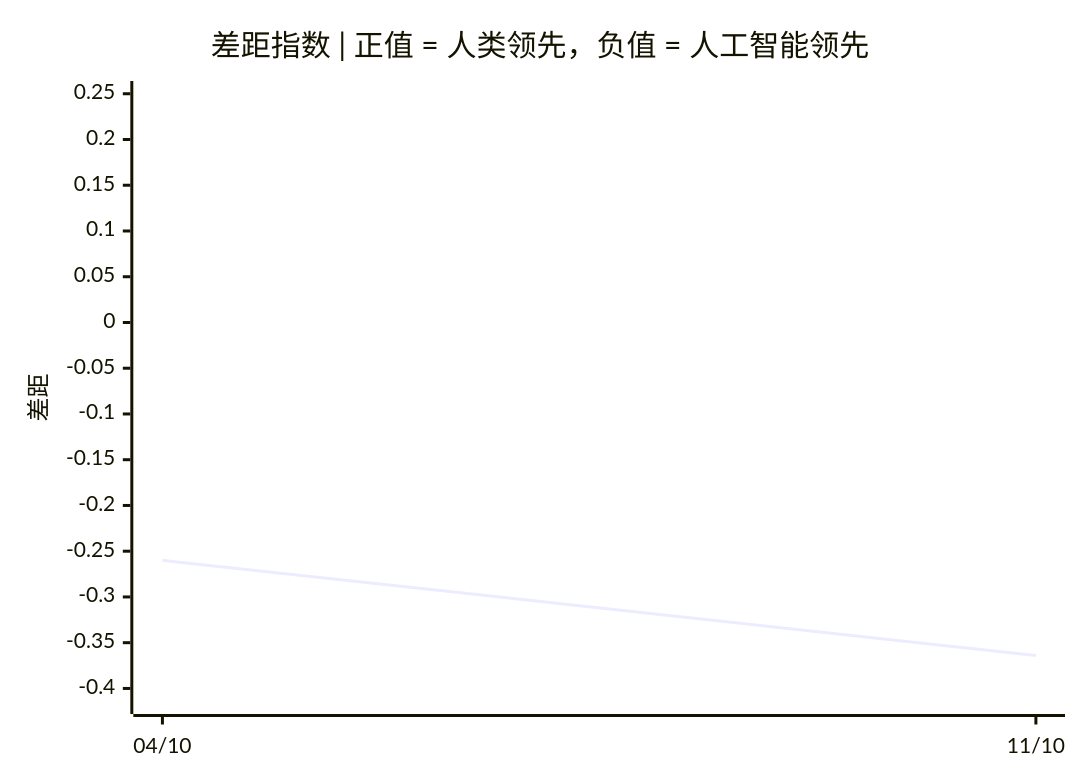
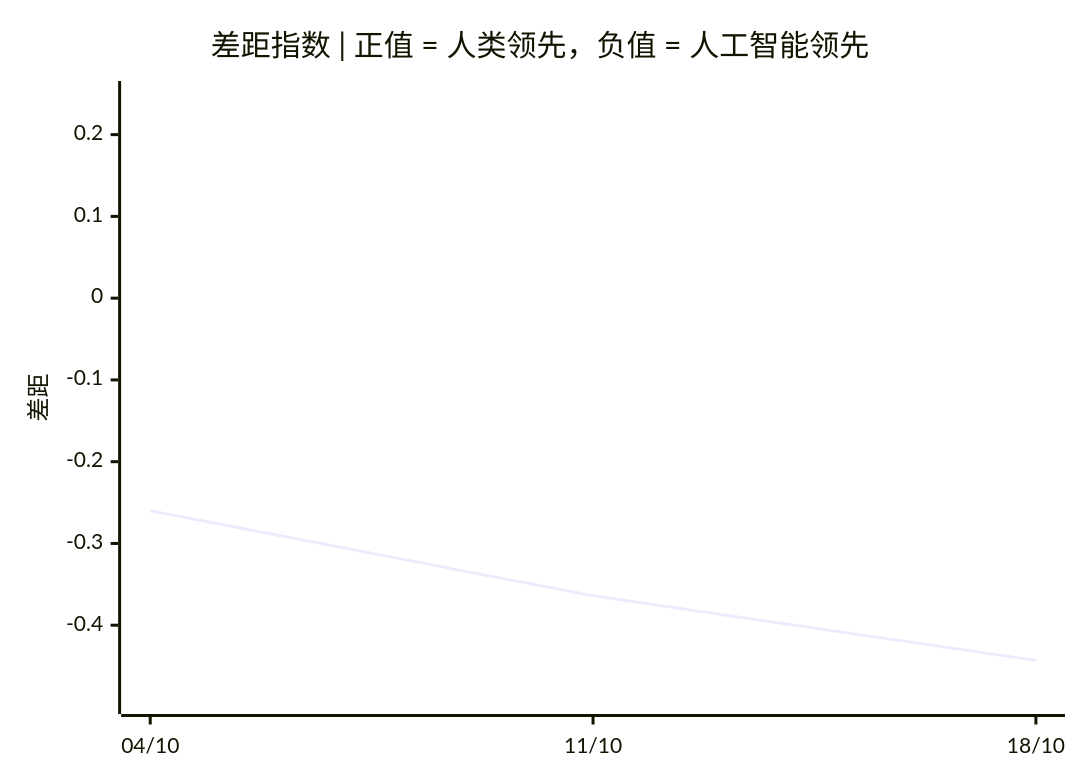
The second of 3 diagrams in README.zh.md (VQQLK/Human-AI-Monitor), drawn with Mermaid before and after one commit. The commit also changed other lines of this file and 10 other files, not shown here.

````diff
--- a/README.zh.md
+++ b/README.zh.md
@@ -46,7 +46,7 @@
 ```mermaid
 xychart-beta
     title "差距指数 | 正值 = 人类领先，负值 = 人工智能领先"
-    x-axis ["04/10", "11/10"]
-    y-axis "差距" -0.414 --> 0.250
-    line [-0.260, -0.364]
+    x-axis ["04/10", "11/10", "18/10"]
+    y-axis "差距" -0.493 --> 0.250
+    line [-0.260, -0.364, -0.443]
 ```
````
